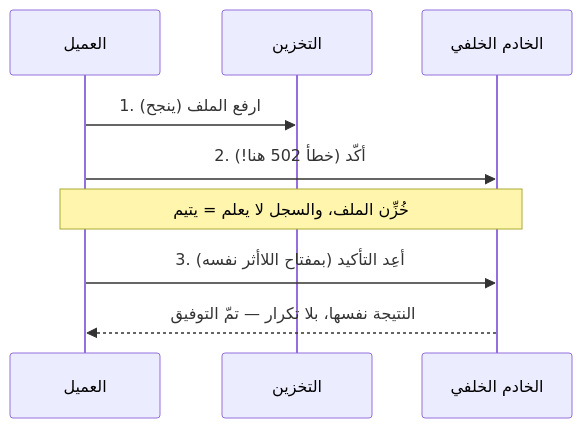
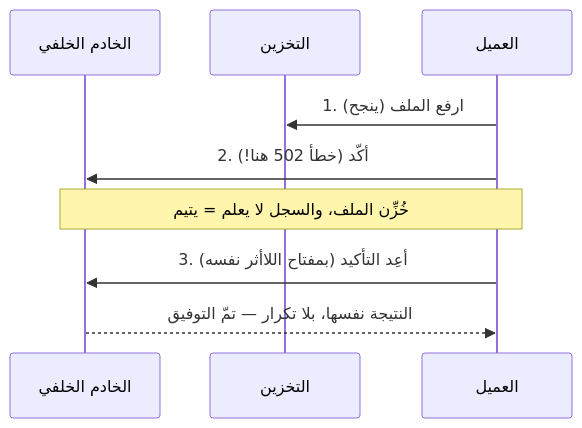
One commit to Tamoura/system-design-for-vibe-coders changed the sixth of 7 diagrams in modules/06-many-clients/module.ar.md. Above: the diagram before and after it, drawn with Mermaid. The commit also changed other lines of this file and 31 other files, not shown here.

First line of the commit message:
Arabic editions: diagrams flow right to left

````diff
--- a/modules/06-many-clients/module.ar.md
+++ b/modules/06-many-clients/module.ar.md
@@ -691,11 +691,11 @@
 ```mermaid
 sequenceDiagram
+    participant API as الخادم الخلفي
+    participant S as التخزين
     participant C as العميل
-    participant S as التخزين
-    participant API as الخادم الخلفي
     C->>S: 1. ارفع الملف (ينجح)
     C->>API: 2. أكّد (خطأ 502 هنا!)
     Note over C,API: خُزِّن الملف، والسجل لا يعلم = يتيم
     C->>API: 3. أعِد التأكيد (بمفتاح اللاأثر نفسه)
     API-->>C: النتيجة نفسها، بلا تكرار — تمّ التوفيق
 ```
````
